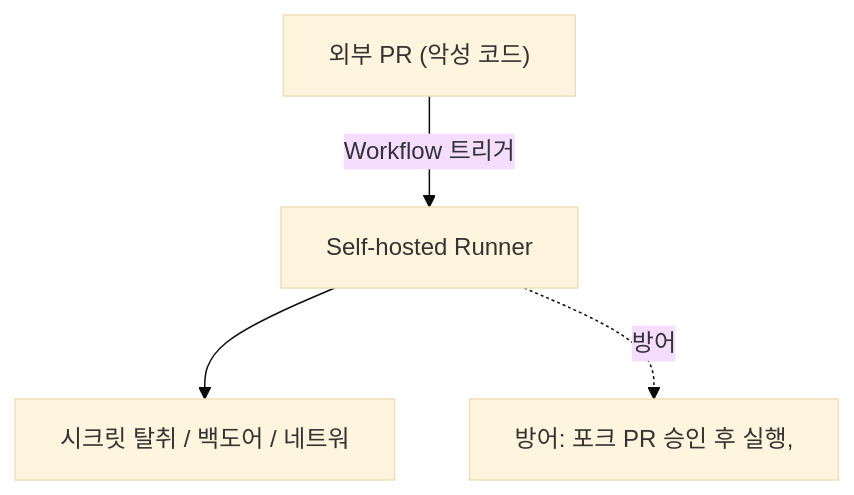
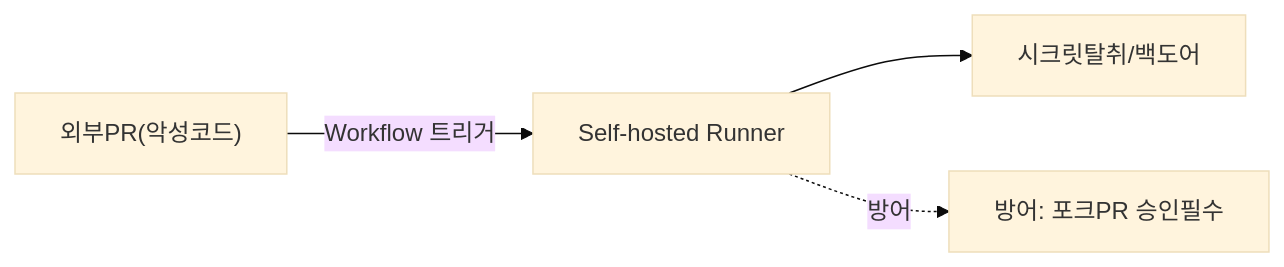
One commit to yjkim2015/yjkim2015.github.io changed the third of 5 diagrams in _posts/cicd/2026-05-03-github-actions-deep.md. Above: the diagram before and after it, drawn with Mermaid (base theme). The commit also changed other lines of this file and 84 other files, not shown here.

First line of the commit message:
85개 포스트 Mermaid 다이어그램 규칙 일괄 수정

````diff
--- a/_posts/cicd/2026-05-03-github-actions-deep.md
+++ b/_posts/cicd/2026-05-03-github-actions-deep.md
@@ -324,7 +327,7 @@
 ```mermaid
-graph TB
-    PR["외부 PR (악성 코드)"] -->|"Workflow 트리거"| RUNNER["Self-hosted Runner"]
-    RUNNER --> RISK["시크릿 탈취 / 백도어 / 네트워"]
-    DEF["방어: 포크 PR 승인 후 실행,"]
+graph LR
+    PR["외부PR(악성코드)"] -->|"Workflow 트리거"| RUNNER["Self-hosted Runner"]
+    RUNNER --> RISK["시크릿탈취/백도어"]
+    DEF["방어: 포크PR 승인필수"]
     RUNNER -.->|"방어"| DEF
 ```
````
